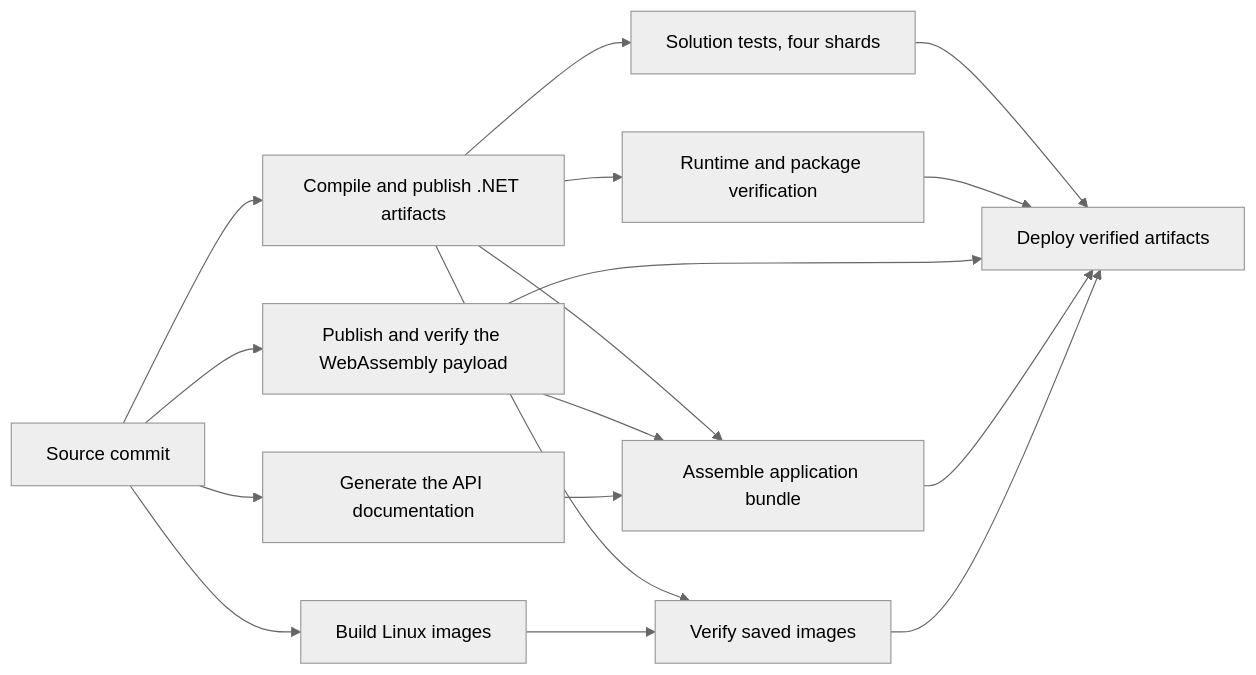
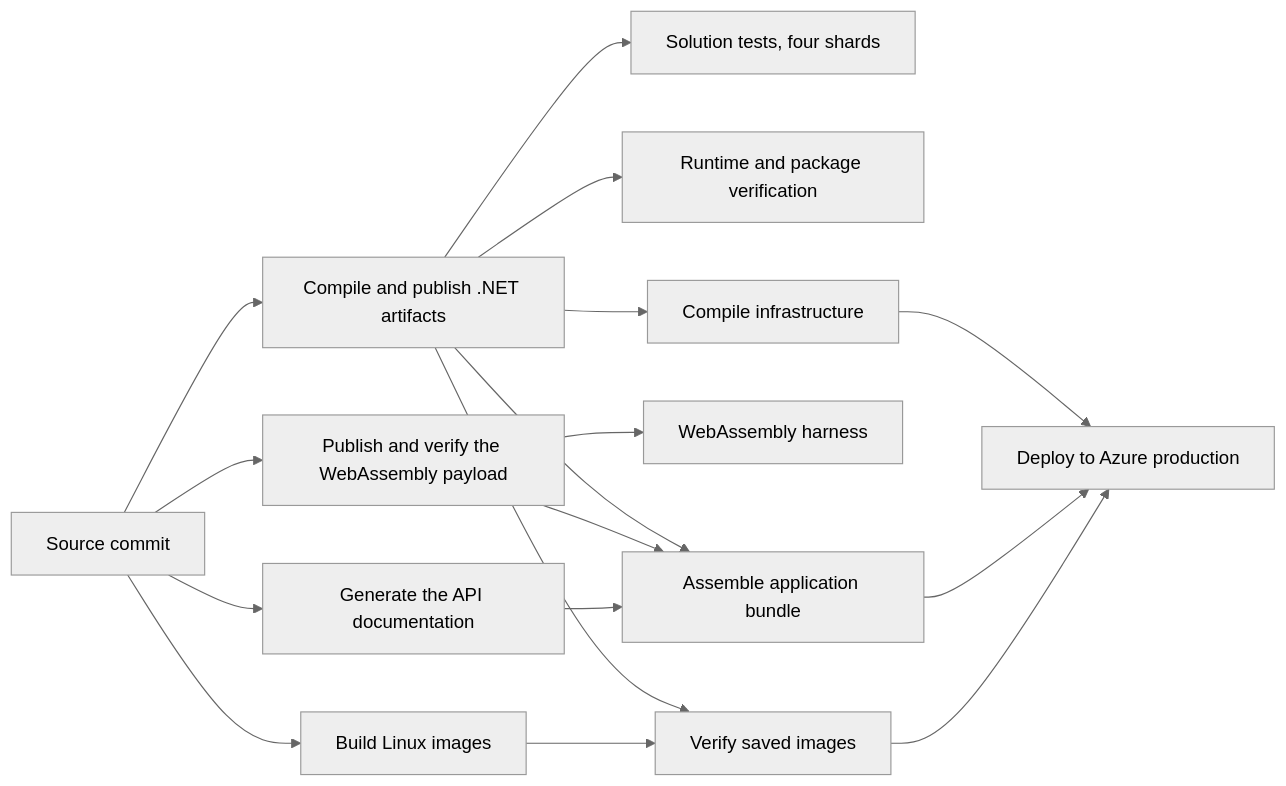
One commit to ByteTerrace/Puck changed the diagram in docs/development/ci.md. Above: the diagram before and after it, drawn with Mermaid (neutral theme). The commit also changed other lines of this file and 5 other files, not shown here.

````diff
--- a/docs/development/ci.md
+++ b/docs/development/ci.md
@@ -283,19 +286,19 @@
 ```mermaid
 flowchart LR
     source[Source commit] --> managed[Compile and publish .NET artifacts]
     source --> browser[Publish and verify the WebAssembly payload]
     source --> docs[Generate the API documentation]
     source --> images[Build Linux images]
     managed --> tests[Solution tests, four shards]
     managed --> runtime[Runtime and package verification]
     managed --> bundle[Assemble application bundle]
     browser --> bundle
+    browser --> harness[WebAssembly harness]
     docs --> bundle
     managed --> containers[Verify saved images]
     images --> containers
-    tests --> deploy[Deploy verified artifacts]
-    runtime --> deploy
-    browser --> deploy
+    managed --> infra[Compile infrastructure]
+    infra --> deploy[Deploy to Azure production]
     bundle --> deploy
     containers --> deploy
 ```
````
